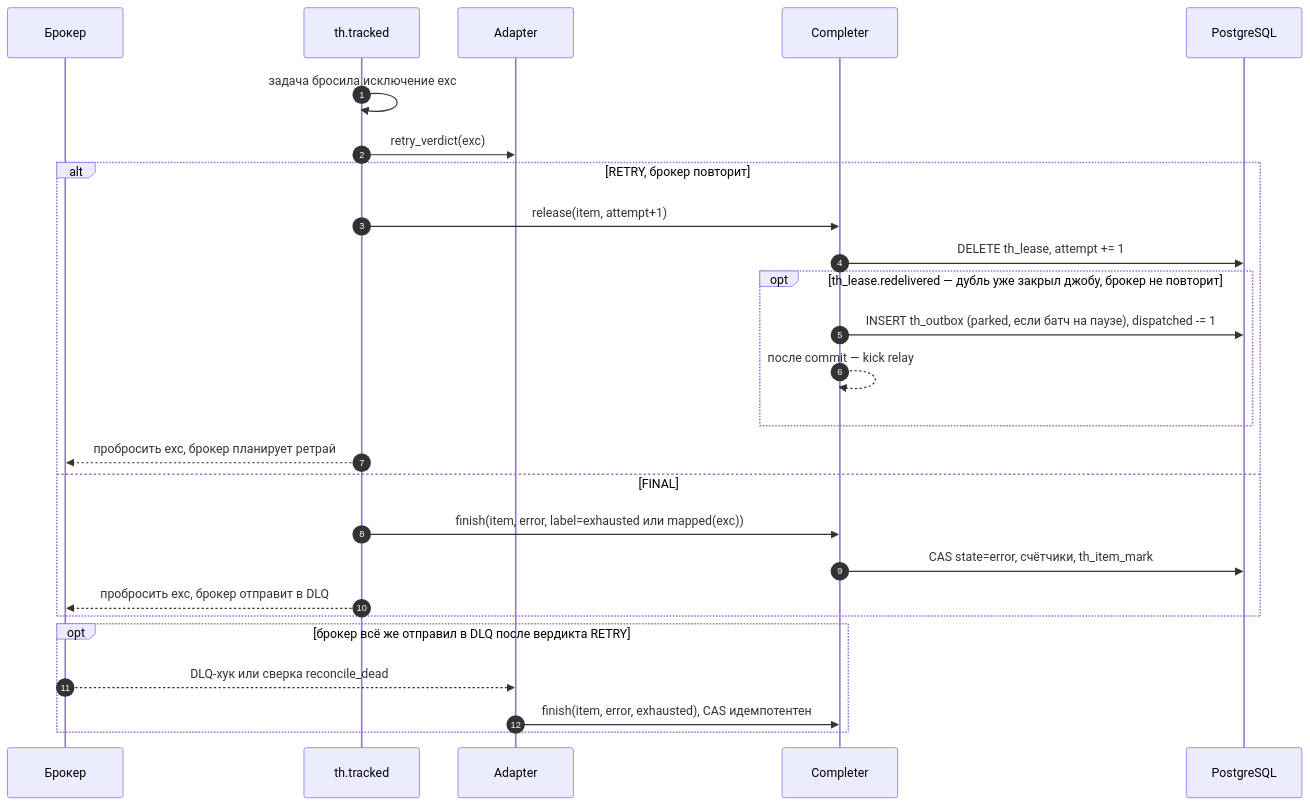
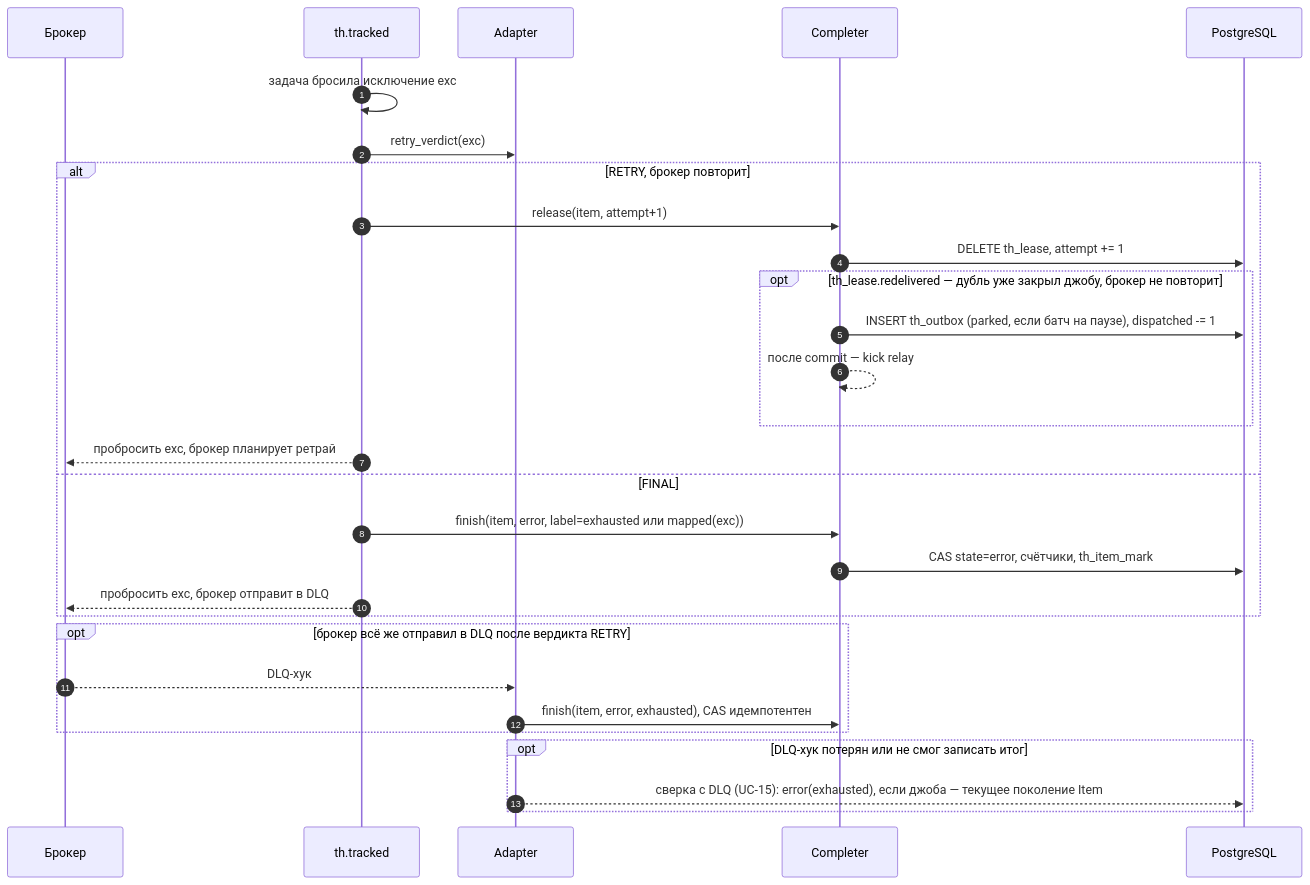
Before and after one commit to 0cherednoq/Tallyho: diagram 16 of 40 in docs/ARCHITECTURE.md, drawn with Mermaid. The commit also changed other lines of this file, not shown here.

First line of the commit message:
Fix-6: описать сверку с DLQ и поколение отправки Item

````diff
--- a/docs/ARCHITECTURE.md
+++ b/docs/ARCHITECTURE.md
@@ -969,29 +980,32 @@
 ```mermaid
 sequenceDiagram
     autonumber
     participant B as Брокер
     participant MW as th.tracked
     participant A as Adapter
     participant C as Completer
     participant DB as PostgreSQL
 
     MW->>MW: задача бросила исключение exc
     MW->>A: retry_verdict(exc)
     alt RETRY, брокер повторит
         MW->>C: release(item, attempt+1)
         C->>DB: DELETE th_lease, attempt += 1
         opt th_lease.redelivered — дубль уже закрыл джобу, брокер не повторит
             C->>DB: INSERT th_outbox (parked, если батч на паузе), dispatched -= 1
             C-->>C: после commit — kick relay
         end
         MW-->>B: пробросить exc, брокер планирует ретрай
     else FINAL
         MW->>C: finish(item, error, label=exhausted или mapped(exc))
         C->>DB: CAS state=error, счётчики, th_item_mark
         MW-->>B: пробросить exc, брокер отправит в DLQ
     end
     opt брокер всё же отправил в DLQ после вердикта RETRY
-        B-->>A: DLQ-хук или сверка reconcile_dead
+        B-->>A: DLQ-хук
         A->>C: finish(item, error, exhausted), CAS идемпотентен
     end
+    opt DLQ-хук потерян или не смог записать итог
+        A-->>DB: сверка с DLQ (UC-15): error(exhausted), если джоба — текущее поколение Item
+    end
 ```
````
